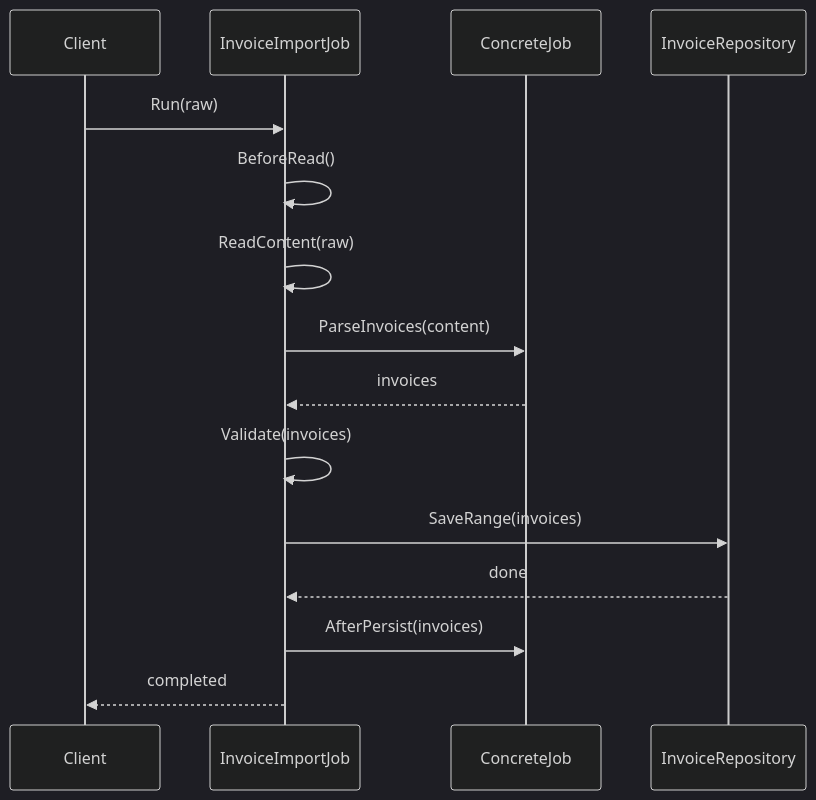
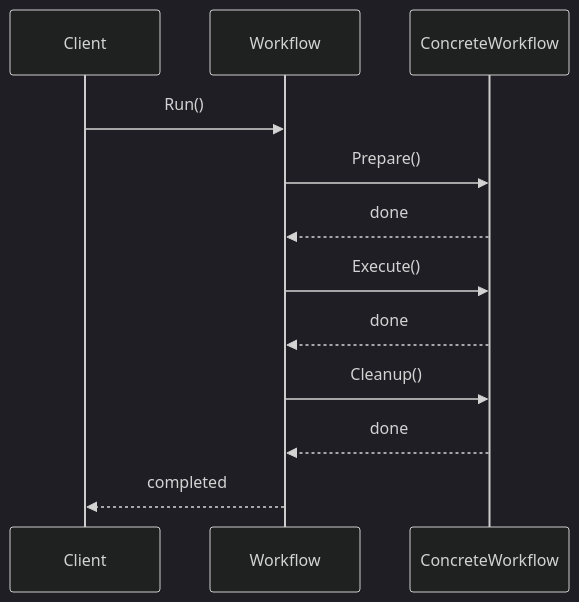
Before and after one commit to TwoEggDu/twoegg-tech-stack: the second of 2 diagrams in content/system-design/patterns/patterns-02-template-method.md, drawn with Mermaid (dark theme). The commit also changed other lines of this file, not shown here.

````diff
--- a/content/system-design/patterns/patterns-02-template-method.md
+++ b/content/system-design/patterns/patterns-02-template-method.md
@@ -307,18 +159,15 @@
 ```mermaid
 sequenceDiagram
     participant Client
-    participant Job as InvoiceImportJob
-    participant Subclass as ConcreteJob
-    participant Repo as InvoiceRepository
+    participant Base as Workflow
+    participant Sub as ConcreteWorkflow
 
-    Client->>Job: Run(raw)
-    Job->>Job: BeforeRead()
-    Job->>Job: ReadContent(raw)
-    Job->>Subclass: ParseInvoices(content)
-    Subclass-->>Job: invoices
-    Job->>Job: Validate(invoices)
-    Job->>Repo: SaveRange(invoices)
-    Repo-->>Job: done
-    Job->>Subclass: AfterPersist(invoices)
-    Job-->>Client: completed
+    Client->>Base: Run()
+    Base->>Sub: Prepare()
+    Sub-->>Base: done
+    Base->>Sub: Execute()
+    Sub-->>Base: done
+    Base->>Sub: Cleanup()
+    Sub-->>Base: done
+    Base-->>Client: completed
 ```
````
